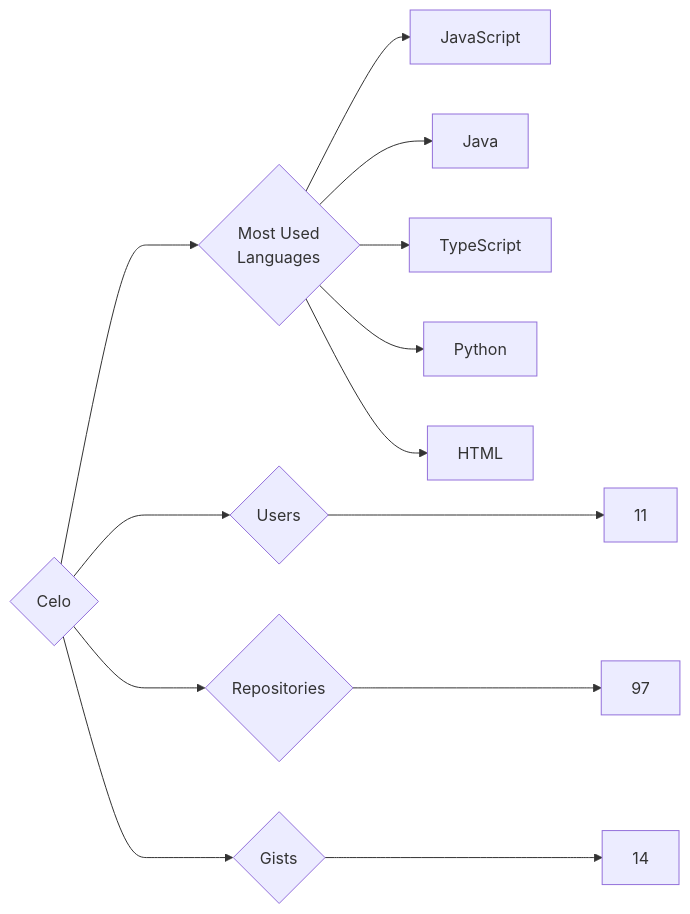
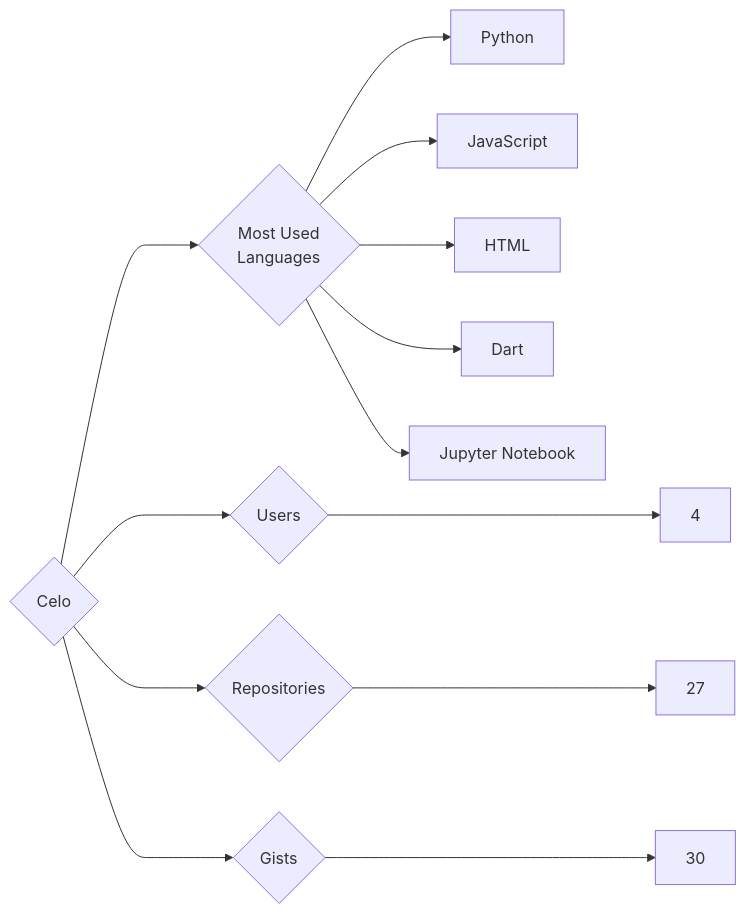
One commit to trickest/insiders changed the diagram in targets/Celo/README.md. Above: the diagram before and after it, drawn with Mermaid. The commit also changed 873 other files, not shown here.

````diff
--- a/targets/Celo/README.md
+++ b/targets/Celo/README.md
@@ -3,13 +3,13 @@
 ```mermaid
 graph LR
 COMPANY_NAME{Celo}
-COMPANY_NAME ---> U{Users} ---> UN[11]
-COMPANY_NAME ---> R{Repositories} ---> RN[97]
-COMPANY_NAME ---> G{Gists} ---> GN[14]
+COMPANY_NAME ---> U{Users} ---> UN[4]
+COMPANY_NAME ---> R{Repositories} ---> RN[27]
+COMPANY_NAME ---> G{Gists} ---> GN[30]
 COMPANY_NAME ---> ML{Most Used<br>Languages}
+ML --> Python[Python]
 ML --> JavaScript[JavaScript]
-ML --> Java[Java]
-ML --> TypeScript[TypeScript]
-ML --> Python[Python]
 ML --> HTML[HTML]
+ML --> Dart[Dart]
+ML --> Jupyter_Notebook[Jupyter Notebook]
 ```
````
